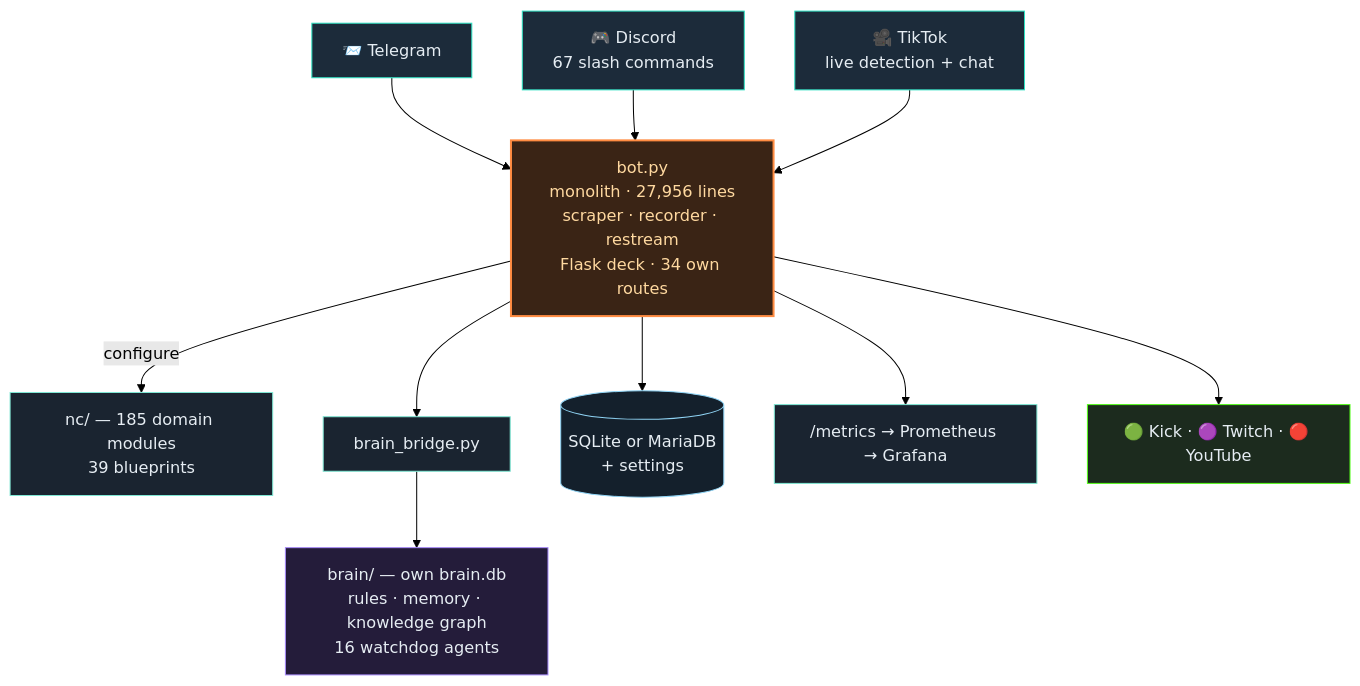
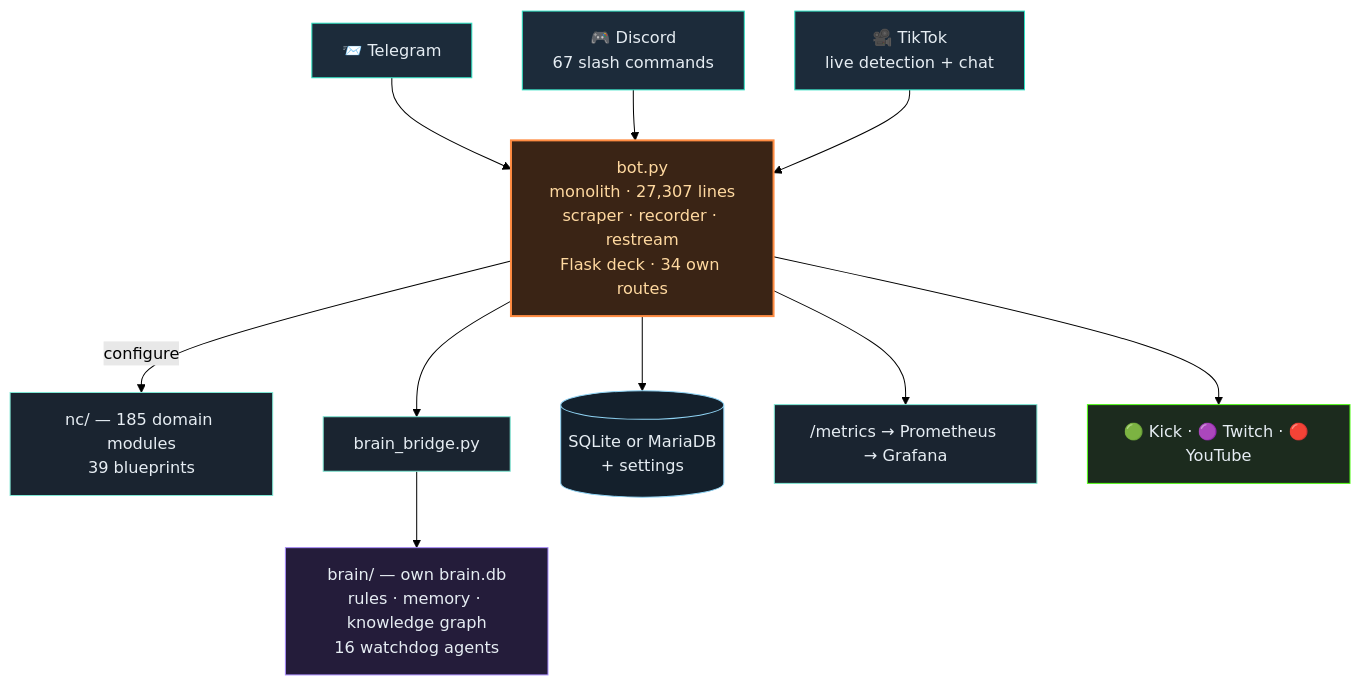
Before and after one commit to itsamemedev/Telegram-Stream-Info-Bot: the second of 3 diagrams in README.en.md, drawn with Mermaid (forest theme). The commit also changed other lines of this file and 15 other files, not shown here.

````diff
--- a/README.en.md
+++ b/README.en.md
@@ -119,19 +119,19 @@
 ```mermaid
 flowchart TB
     TG["📨 Telegram"]:::ein --> BOT
     DC["🎮 Discord<br/>67 slash commands"]:::ein --> BOT
     TT["🎥 TikTok<br/>live detection + chat"]:::ein --> BOT
-    BOT["bot.py<br/>monolith · 27,956 lines<br/>scraper · recorder · restream<br/>Flask deck · 34 own routes"]:::core
+    BOT["bot.py<br/>monolith · 27,307 lines<br/>scraper · recorder · restream<br/>Flask deck · 34 own routes"]:::core
     BOT -->|configure| NC["nc/ — 185 domain modules<br/>39 blueprints"]:::lib
     BOT --> BR["brain_bridge.py"]:::lib
     BR --> BRAIN["brain/ — own brain.db<br/>rules · memory · knowledge graph<br/>16 watchdog agents"]:::brain
     BOT --> DB[("SQLite or MariaDB<br/>+ settings")]:::db
     BOT --> PROM["/metrics → Prometheus → Grafana"]:::lib
     BOT --> OUT["🟢 Kick · 🟣 Twitch · 🔴 YouTube"]:::out
     classDef ein fill:#1c2b3a,stroke:#2de1c2,color:#e6edf3
     classDef core fill:#3a2415,stroke:#ff8c42,stroke-width:2px,color:#ffd9a0
     classDef lib fill:#1a2430,stroke:#7fe7d4,color:#e6edf3
     classDef brain fill:#241c3a,stroke:#a78bfa,color:#e6edf3
     classDef db fill:#14202c,stroke:#8fd3f4,color:#e6edf3
     classDef out fill:#1c2b1e,stroke:#53fc18,color:#e6edf3
 ```
````
